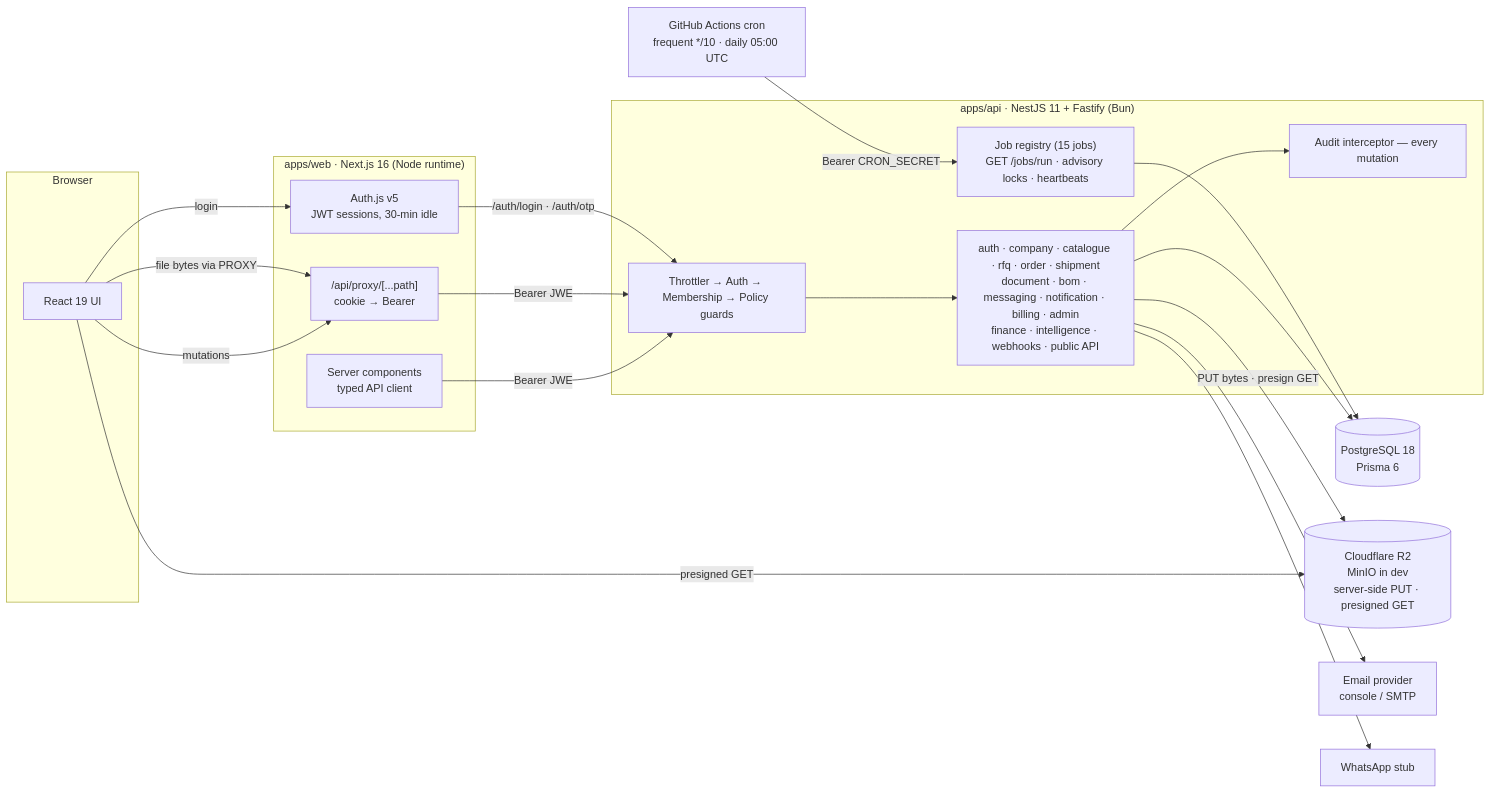
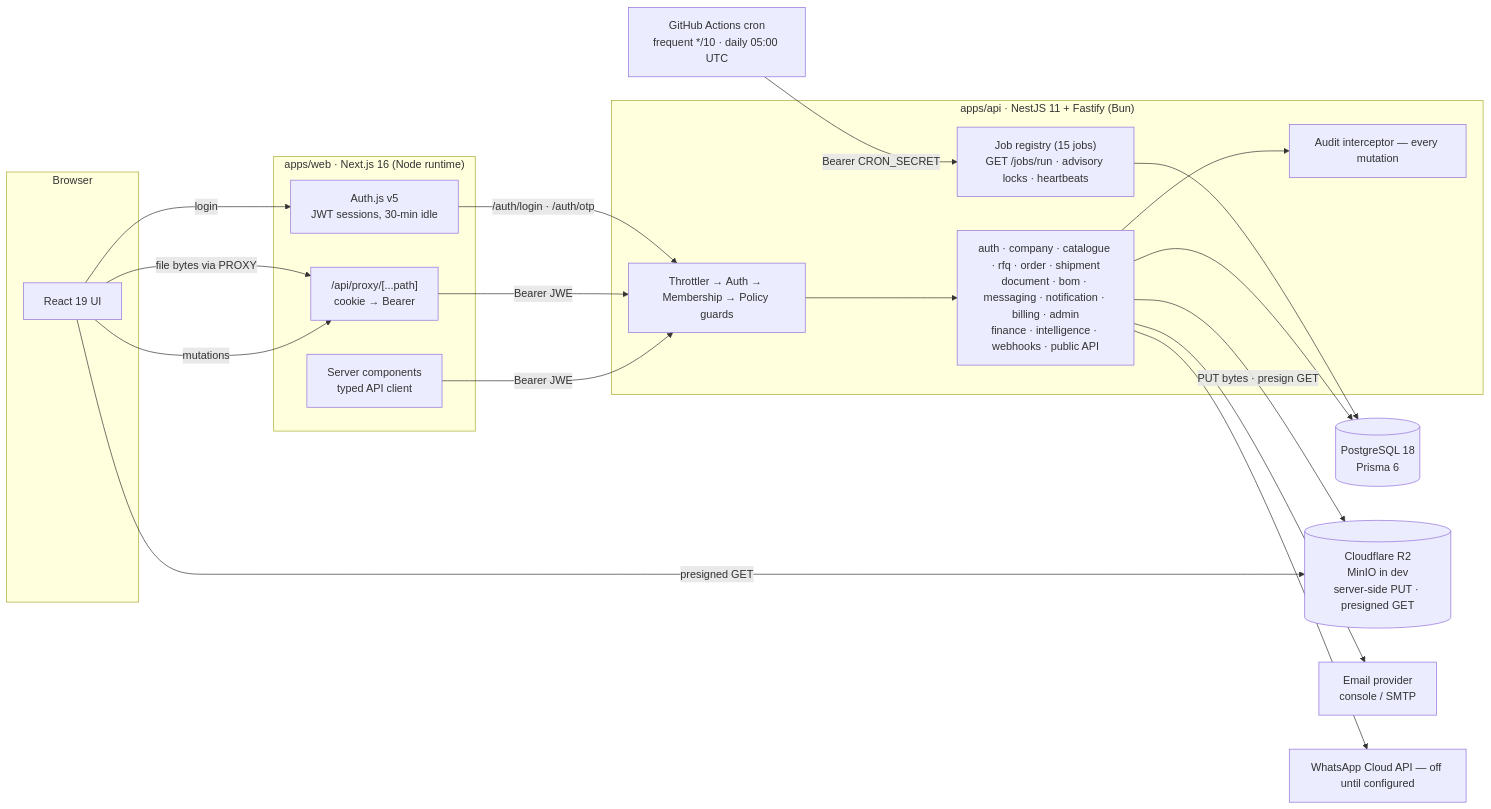
Before and after one commit to ionatech2025/global_pharmachain: the diagram in README.md, drawn with Mermaid. The commit also changed other lines of this file and 32 other files, not shown here.

````diff
--- a/README.md
+++ b/README.md
@@ -88,40 +91,40 @@
 ```mermaid
 flowchart LR
   subgraph Browser
     UI[React 19 UI]
   end
 
   subgraph web["apps/web · Next.js 16 (Node runtime)"]
     RSC[Server components<br/>typed API client]
     PROXY["/api/proxy/[...path]<br/>cookie → Bearer"]
     AUTHJS[Auth.js v5<br/>JWT sessions, 30-min idle]
   end
 
   subgraph api["apps/api · NestJS 11 + Fastify (Bun)"]
     GUARDS[Throttler → Auth → Membership → Policy guards]
     MODULES[auth · company · catalogue · rfq · order · shipment<br/>document · bom · messaging · notification · billing · admin<br/>finance · intelligence · webhooks · public API]
     AUDIT[Audit interceptor — every mutation]
     JOBS["Job registry (15 jobs)<br/>GET /jobs/run · advisory locks · heartbeats"]
   end
 
   CRON[GitHub Actions cron<br/>frequent */10 · daily 05:00 UTC]
   DB[(PostgreSQL 18<br/>Prisma 6)]
   R2[(Cloudflare R2<br/>MinIO in dev<br/>server-side PUT · presigned GET)]
   MAIL[Email provider<br/>console / SMTP]
-  WA[WhatsApp stub]
+  WA[WhatsApp Cloud API — off until configured]
 
   UI -->|mutations| PROXY
   UI -->|login| AUTHJS
   RSC -->|Bearer JWE| GUARDS
   PROXY -->|Bearer JWE| GUARDS
   AUTHJS -->|"/auth/login · /auth/otp"| GUARDS
   GUARDS --> MODULES --> AUDIT
   MODULES --> DB
   MODULES -->|"PUT bytes · presign GET"| R2
   UI -->|"file bytes via PROXY"| PROXY
   UI -->|presigned GET| R2
   MODULES --> MAIL
   MODULES --> WA
   CRON -->|Bearer CRON_SECRET| JOBS
   JOBS --> DB
 ```
````
